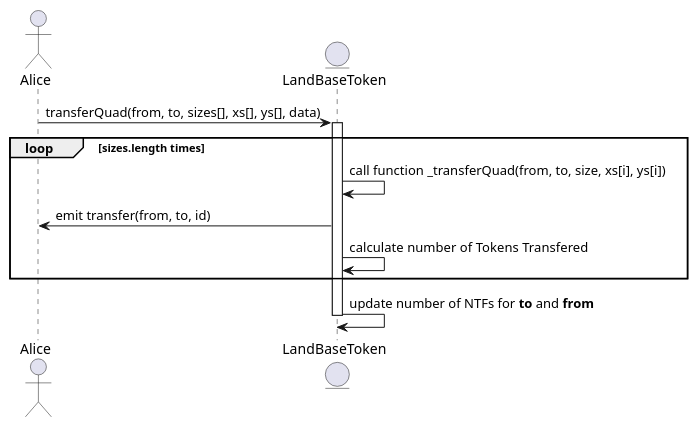
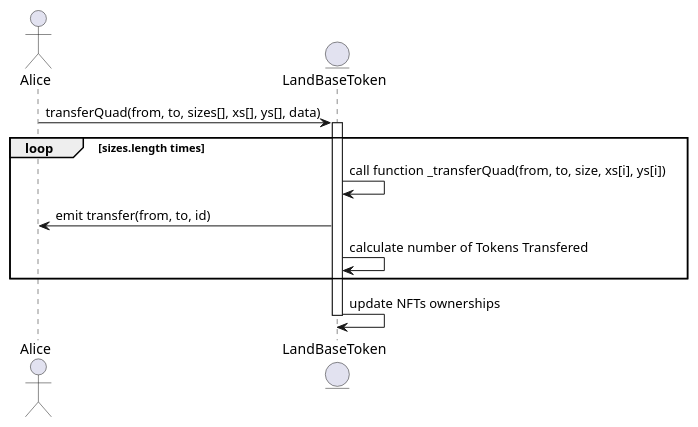
The fourth of 4 diagrams in docs/topics/land/land.md (thesandboxgame/sandbox-smart-contracts), drawn with PlantUML before and after one commit. The commit also changed other lines of this file, not shown here.

````diff
--- a/docs/topics/land/land.md
+++ b/docs/topics/land/land.md
@@ -342,14 +357,14 @@
 ```plantuml
 actor Alice
 entity LandBaseToken
 Alice -> LandBaseToken: transferQuad(from, to, sizes[], xs[], ys[], data)
 activate LandBaseToken
 
 loop sizes.length times
     LandBaseToken -> LandBaseToken: call function _transferQuad(from, to, size, xs[i], ys[i])
     LandBaseToken -> Alice: emit transfer(from, to, id)
     LandBaseToken -> LandBaseToken: calculate number of Tokens Transfered
 end
-    LandBaseToken -> LandBaseToken: update number of NTFs for **to** and **from**
+    LandBaseToken -> LandBaseToken: update NFTs ownerships
 deactivate LandBaseToken
 ```
````
